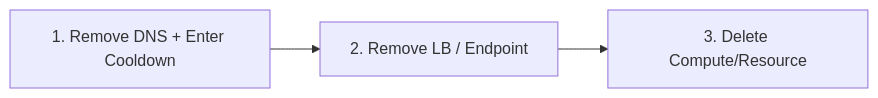
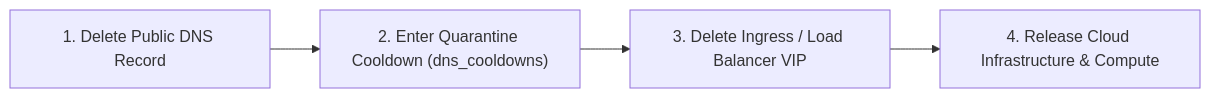
The fourth of 5 diagrams in docs/features/self-service-provisioning/diagrams.md (Chief-Strategist-J/internal-developer-platform), drawn with Mermaid before and after one commit. The commit also changed other lines of this file and 16 other files, not shown here.

Commit message:
docs(ssp): update ADRs, diagrams, runbooks, sweeper test script, and add per-feature CI workflows

````diff
--- a/docs/features/self-service-provisioning/diagrams.md
+++ b/docs/features/self-service-provisioning/diagrams.md
@@ -16,4 +126,6 @@
 ```mermaid
 flowchart LR
-    DNS["1. Remove DNS + Enter Cooldown"] --> LB["2. Remove LB / Endpoint"] --> RES["3. Delete Compute/Resource"]
+    D1["1. Delete Public DNS Record"] --> D2["2. Enter Quarantine Cooldown (dns_cooldowns)"]
+    D2 --> D3["3. Delete Ingress / Load Balancer VIP"]
+    D3 --> D4["4. Release Cloud Infrastructure & Compute"]
 ```
````
